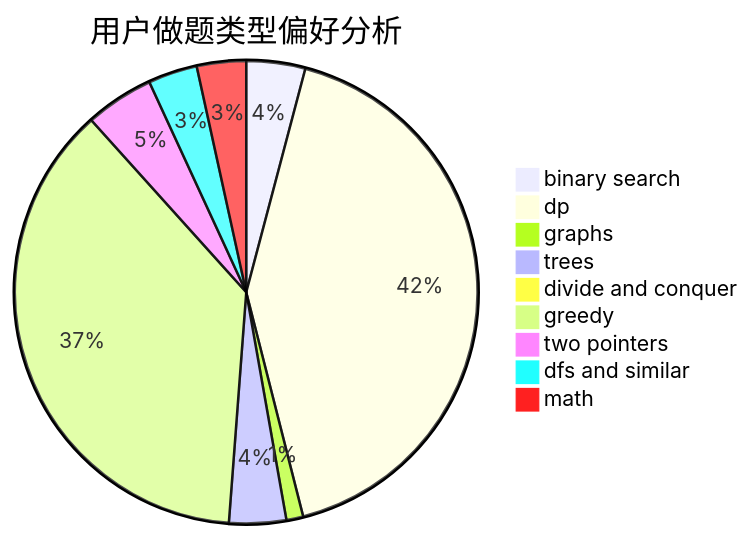
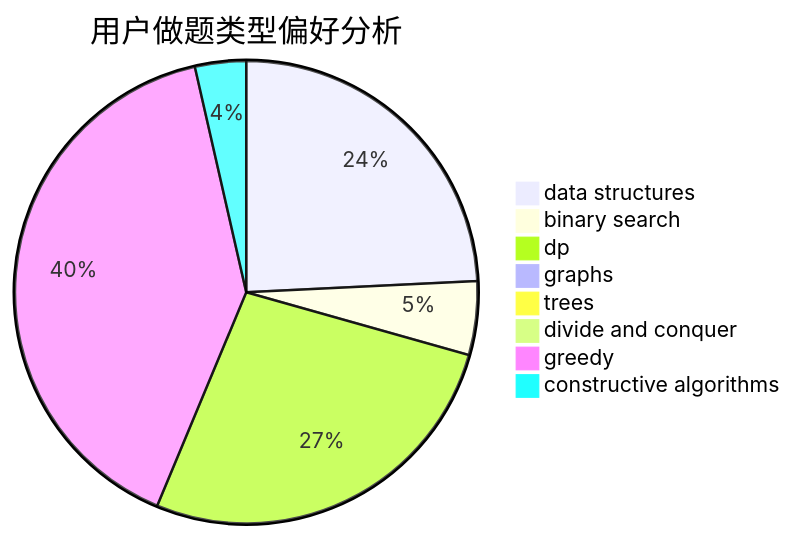
Before and after one commit to sherpahu/cfrs.github.io: the second of 3 diagrams in docs/user/u750.md, drawn with Mermaid. The commit also changed other lines of this file and 2775 other files, not shown here.

````diff
--- a/docs/user/u750.md
+++ b/docs/user/u750.md
@@ -23,12 +23,11 @@
 ```mermaid
 pie title 用户做题类型偏好分析
-    "binary search" :  91
-    "dp" :  927
-    "graphs" :  26
-    "trees" :  88
-    "divide and conquer" :  10
-    "greedy" :  821
-    "two pointers" :  106
-    "dfs and similar" :  76
-    "math" :  76
+    "data structures" :  414
+    "binary search" :  88
+    "dp" :  460
+    "graphs" :  15
+    "trees" :  9
+    "divide and conquer" :  0
+    "greedy" :  686
+    "constructive algorithms" :  61
 ```
````
